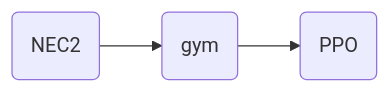
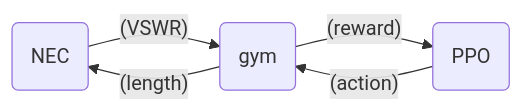
Before and after one commit to SanimKumarKhatri/rl-dipole-tuning: the diagram in README.md, drawn with Mermaid. The commit also changed other lines of this file, not shown here.

````diff
--- a/README.md
+++ b/README.md
@@ -12,4 +12,5 @@
 ```mermaid
 flowchart LR
-    id1(NEC2) --> id2(gym) --> id3(PPO)
+    id1(NEC2) -- (VSWR) --> id2(gym) -- (reward) --> id3(PPO)
+    id3(PPO) -- (action) --> id2(gym) -- (length) --> id1(NEC)
 ```
````
